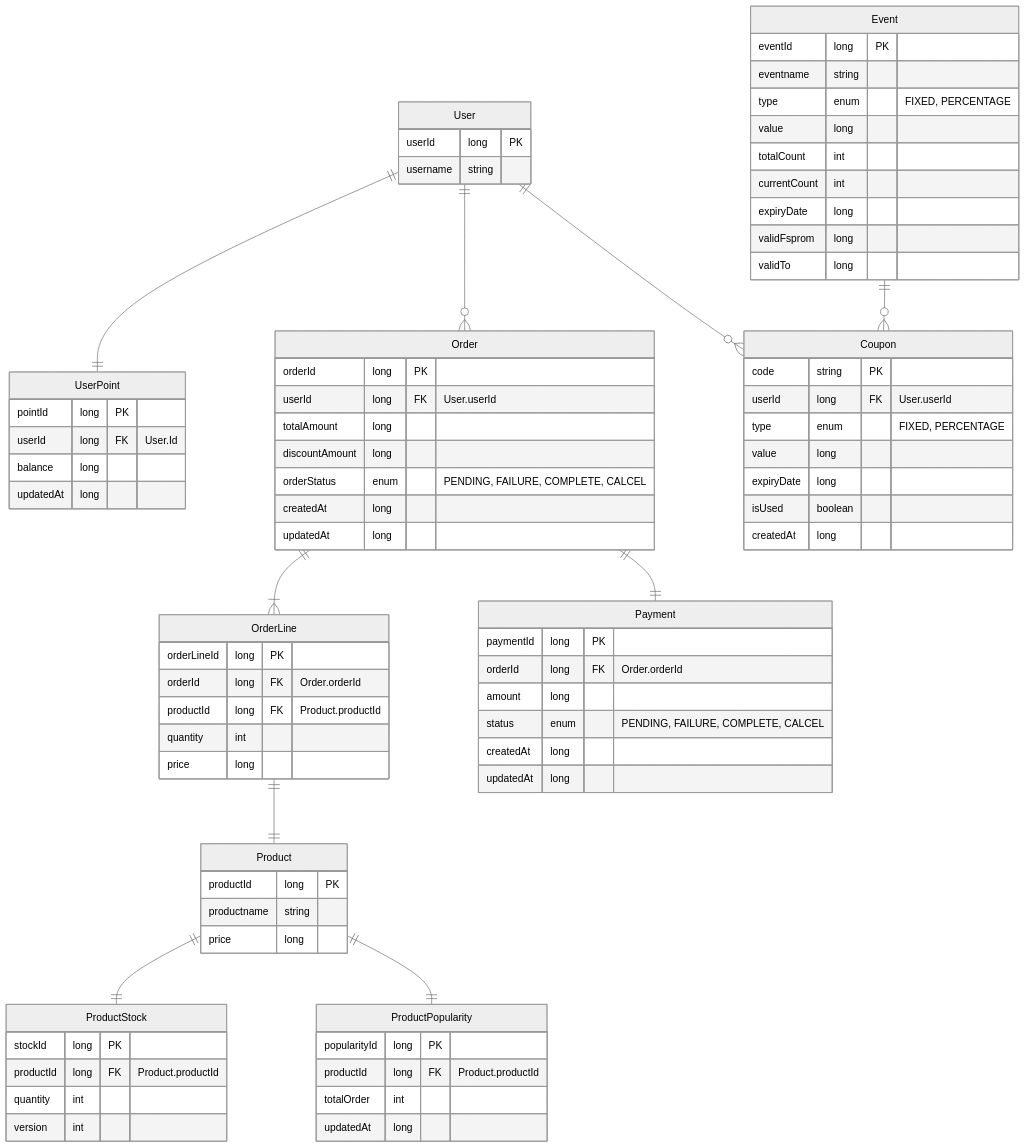
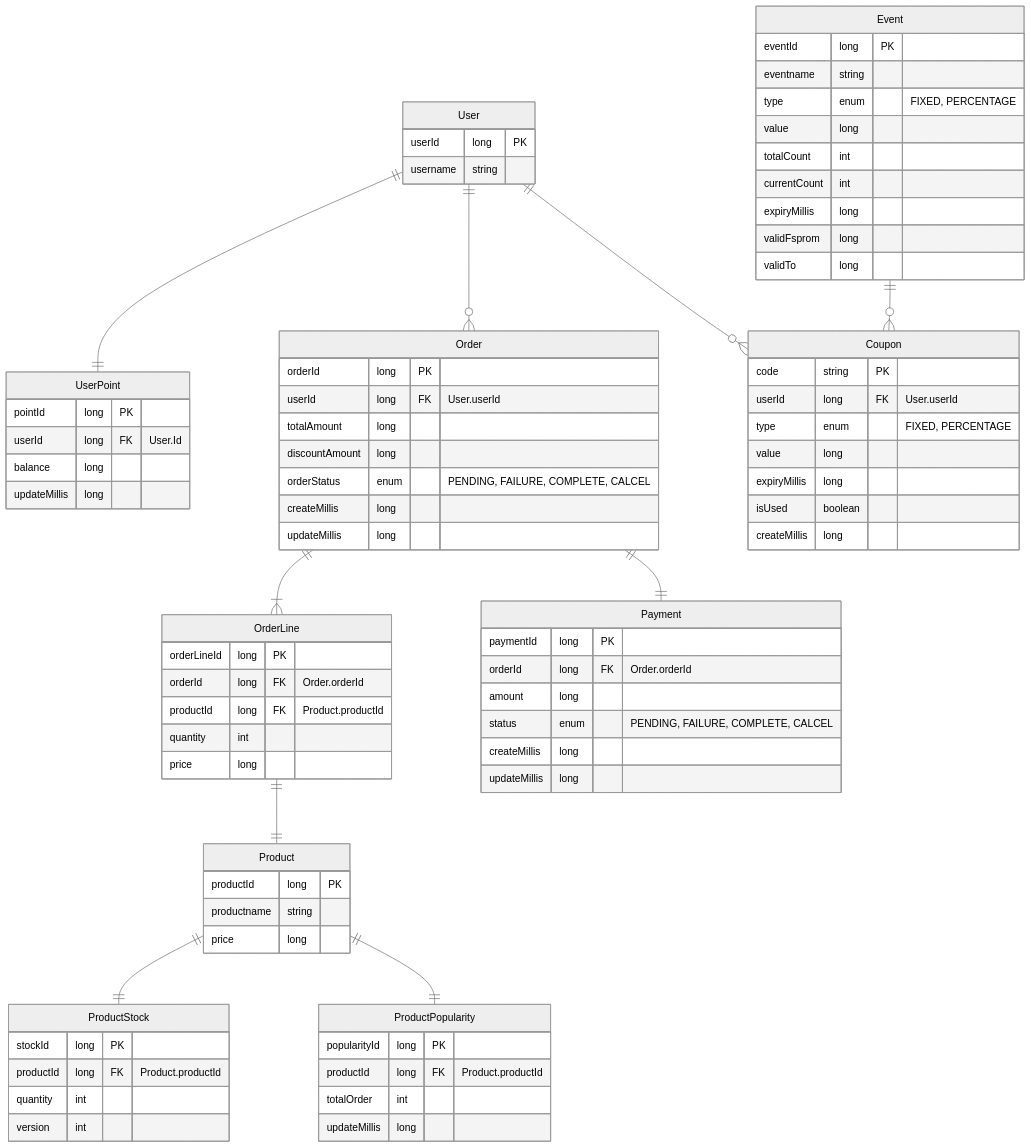
The first of 5 diagrams in docs/erd.md (chapakook/kotlin-ecommerce), drawn with Mermaid (neutral theme) before and after one commit. The commit also changed other lines of this file, not shown here.

Commit message:
[DOC] erd.md 업데이트 date -> millis

```diff
--- a/docs/erd.md
+++ b/docs/erd.md
@@ -24,7 +24,7 @@
         pointId long PK
         userId long FK "User.Id"
         balance long
-        updatedAt long
+        updateMillis long
     }
     Event{
         eventId long PK
@@ -33,7 +33,7 @@
         value long
         totalCount int
         currentCount int
-        expiryDate long
+        expiryMillis long
         validFsprom long
         validTo long
     }
@@ -42,9 +42,9 @@
         userId long FK "User.userId"
         type enum "FIXED, PERCENTAGE"
         value long
-        expiryDate long
+        expiryMillis long
         isUsed boolean
-        createdAt long
+        createMillis long
     }
     Order{
         orderId long PK
@@ -52,8 +52,8 @@
         totalAmount long
         discountAmount long
         orderStatus enum "PENDING, FAILURE, COMPLETE, CALCEL"
-        createdAt long
-        updatedAt long
+        createMillis long
+        updateMillis long
     }
     OrderLine{
         orderLineId long PK
@@ -67,8 +67,8 @@
         orderId long FK "Order.orderId"
         amount long
         status enum "PENDING, FAILURE, COMPLETE, CALCEL"
-        createdAt long
-        updatedAt long
+        createMillis long
+        updateMillis long
     }
     Product{
         productId long PK
@@ -85,7 +85,7 @@
         popularityId long PK
         productId long FK "Product.productId"
         totalOrder int
-        updatedAt long
+        updateMillis long
     }
 
     User ||--|| UserPoint: ""
```
